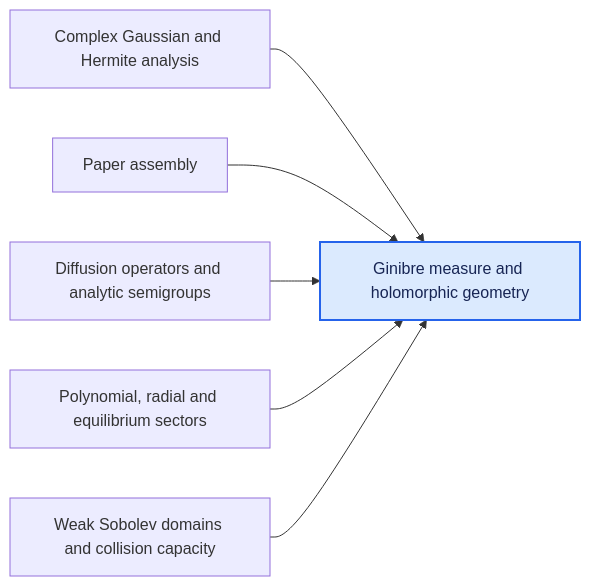
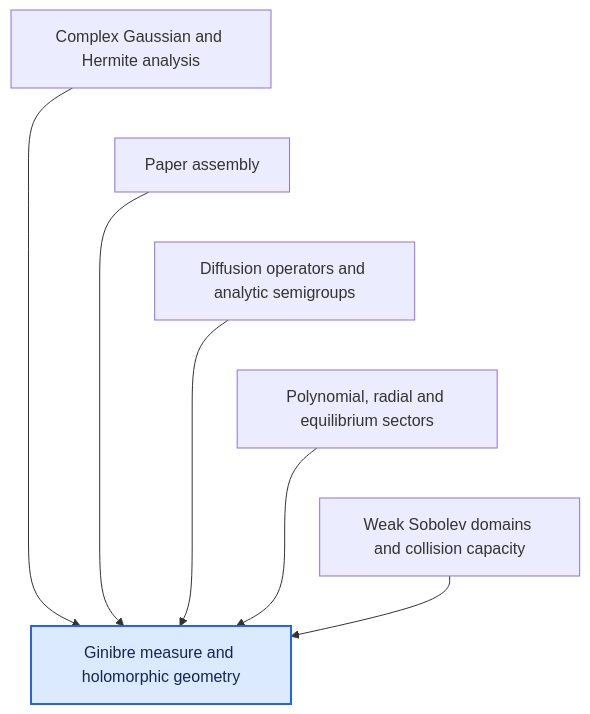
One commit to djalilchafai/ginibre-poincare changed the third of 12 diagrams in DEPENDENCIES.md. Above: the diagram before and after it, drawn with Mermaid. The commit also changed other lines of this file and 44 other files, not shown here.

Commit message:
Make dependency diagrams vertical and add GitHub Pages deployment

````diff
--- a/DEPENDENCIES.md
+++ b/DEPENDENCIES.md
@@ -63,10 +72,14 @@
 ```mermaid
-flowchart LR
+flowchart TB
   ComplexGaussianHermite["Complex Gaussian and Hermite analysis"] --> GinibreMeasureGeometry["Ginibre measure and holomorphic geometry"]
   Endgame["Paper assembly"] --> GinibreMeasureGeometry["Ginibre measure and holomorphic geometry"]
   GeneratorSemigroup["Diffusion operators and analytic semigroups"] --> GinibreMeasureGeometry["Ginibre measure and holomorphic geometry"]
   PolynomialRadial["Polynomial, radial and equilibrium sectors"] --> GinibreMeasureGeometry["Ginibre measure and holomorphic geometry"]
   WeakSobolev["Weak Sobolev domains and collision capacity"] --> GinibreMeasureGeometry["Ginibre measure and holomorphic geometry"]
+  ComplexGaussianHermite ~~~ Endgame
+  Endgame ~~~ GeneratorSemigroup
+  GeneratorSemigroup ~~~ PolynomialRadial
+  PolynomialRadial ~~~ WeakSobolev
   classDef target fill:#dbeafe,stroke:#2563eb,stroke-width:2px,color:#172554;
   class GinibreMeasureGeometry target;
 ```
````
